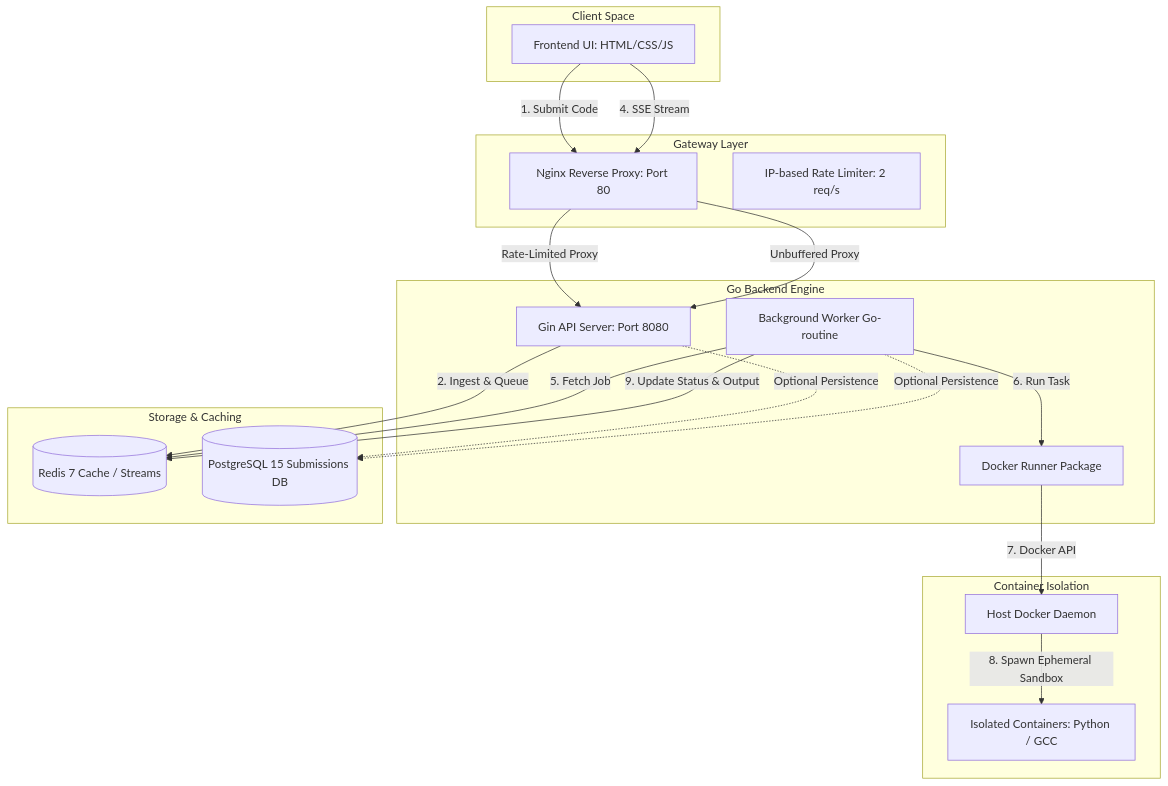
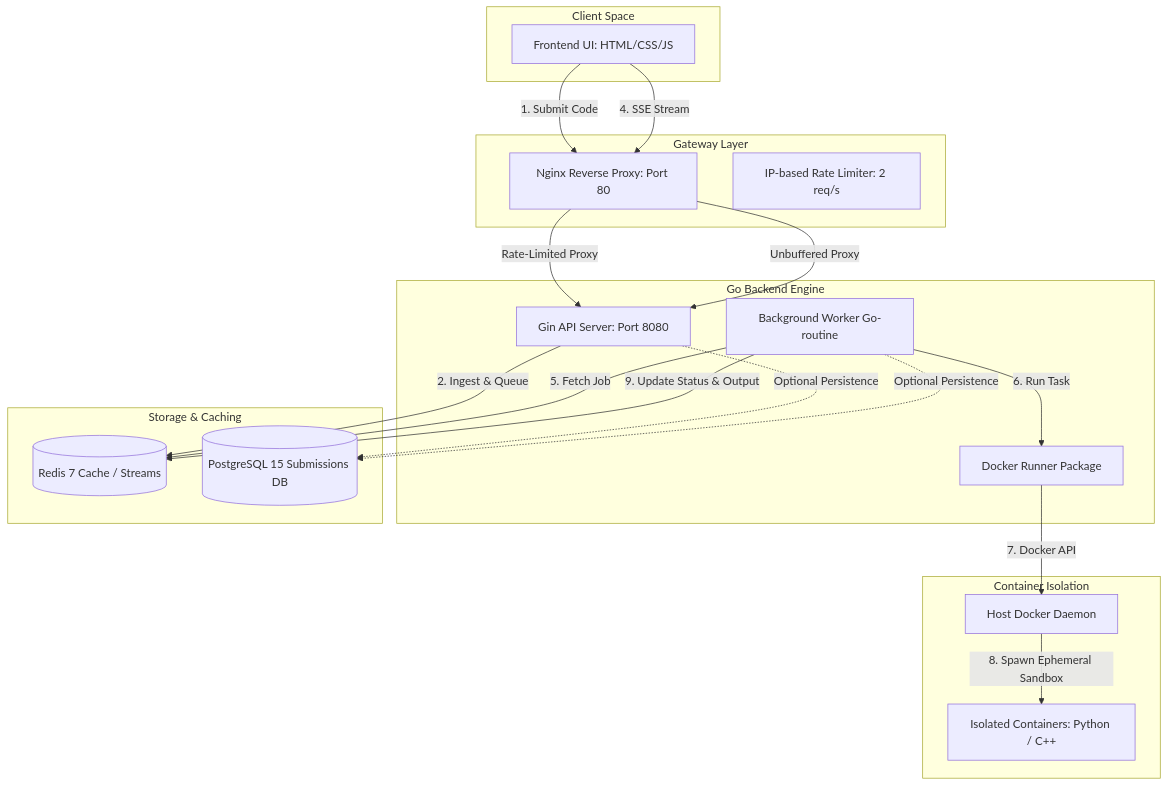
The first of 2 diagrams in README.md (Soham-Donode/code-engine-v1), drawn with Mermaid before and after one commit. The commit also changed other lines of this file and 4 other files, not shown here.

````diff
--- a/README.md
+++ b/README.md
@@ -177,43 +177,43 @@
 ```mermaid
 graph TD
     subgraph Client [Client Space]
         FE[Frontend UI: HTML/CSS/JS]
     end
 
     subgraph Gateway [Gateway Layer]
         NG[Nginx Reverse Proxy: Port 80]
         RL[IP-based Rate Limiter: 2 req/s]
     end
 
     subgraph App [Go Backend Engine]
         API[Gin API Server: Port 8080]
         WK[Background Worker Go-routine]
         RN[Docker Runner Package]
     end
 
     subgraph Storage [Storage & Caching]
         RD[(Redis 7 Cache / Streams)]
         PG[(PostgreSQL 15 Submissions DB)]
     end
 
     subgraph Sandbox [Container Isolation]
         DS[Host Docker Daemon]
-        SB[Isolated Containers: Python / GCC]
+        SB[Isolated Containers: Python / C++]
     end
 
     FE -->|1. Submit Code| NG
     FE -->|4. SSE Stream| NG
     NG -->|Rate-Limited Proxy| API
     NG -->|Unbuffered Proxy| API
 
     API -->|2. Ingest & Queue| RD
     WK -->|5. Fetch Job| RD
     WK -->|6. Run Task| RN
     RN -->|7. Docker API| DS
     DS -->|8. Spawn Ephemeral Sandbox| SB
     WK -->|9. Update Status & Output| RD
     
     %% Storage connections (store.go prepared architecture)
     API -.->|Optional Persistence| PG
     WK -.->|Optional Persistence| PG
 ```
````
